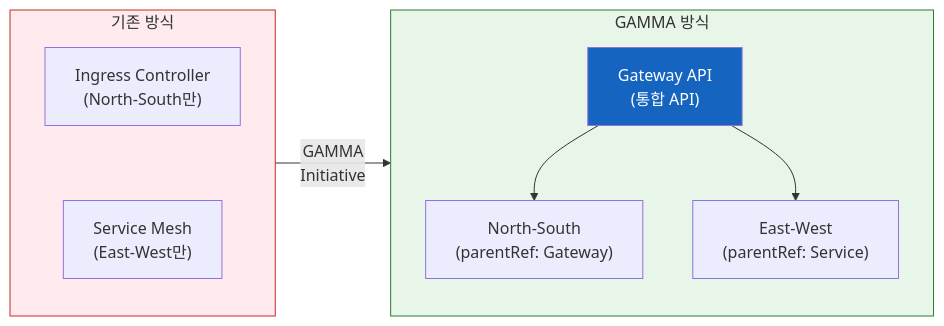
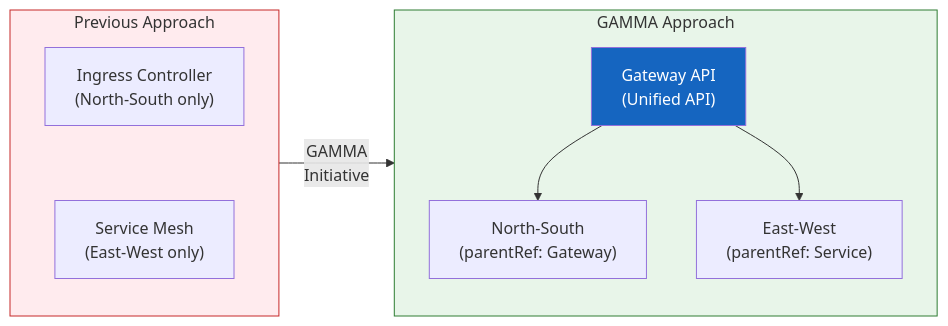
The diagram in docs/eks-best-practices/networking-performance/service-mesh/gamma-initiative.md (devfloor9/engineering-playbook), drawn with Mermaid before and after one commit. The commit also changed other lines of this file and 954 other files, not shown here.

````diff
--- a/docs/eks-best-practices/networking-performance/service-mesh/gamma-initiative.md
+++ b/docs/eks-best-practices/networking-performance/service-mesh/gamma-initiative.md
@@ -34,22 +34,22 @@
 ```mermaid
 flowchart LR
-    subgraph before["기존 방식"]
+    subgraph before["Previous Approach"]
         direction TB
-        ingress["Ingress Controller<br/>(North-South만)"]
-        mesh["Service Mesh<br/>(East-West만)"]
+        ingress["Ingress Controller<br/>(North-South only)"]
+        mesh["Service Mesh<br/>(East-West only)"]
         ingress ~~~ mesh
     end
 
-    subgraph after["GAMMA 방식"]
+    subgraph after["GAMMA Approach"]
         direction TB
-        gw["Gateway API<br/>(통합 API)"]
+        gw["Gateway API<br/>(Unified API)"]
         gw --> ns["North-South<br/>(parentRef: Gateway)"]
         gw --> ew["East-West<br/>(parentRef: Service)"]
     end
 
     before -->|"GAMMA<br/>Initiative"| after
 
     style before fill:#ffebee,stroke:#c62828
     style after fill:#e8f5e9,stroke:#2e7d32
     style gw fill:#1565c0,color:#fff
 ```
````
